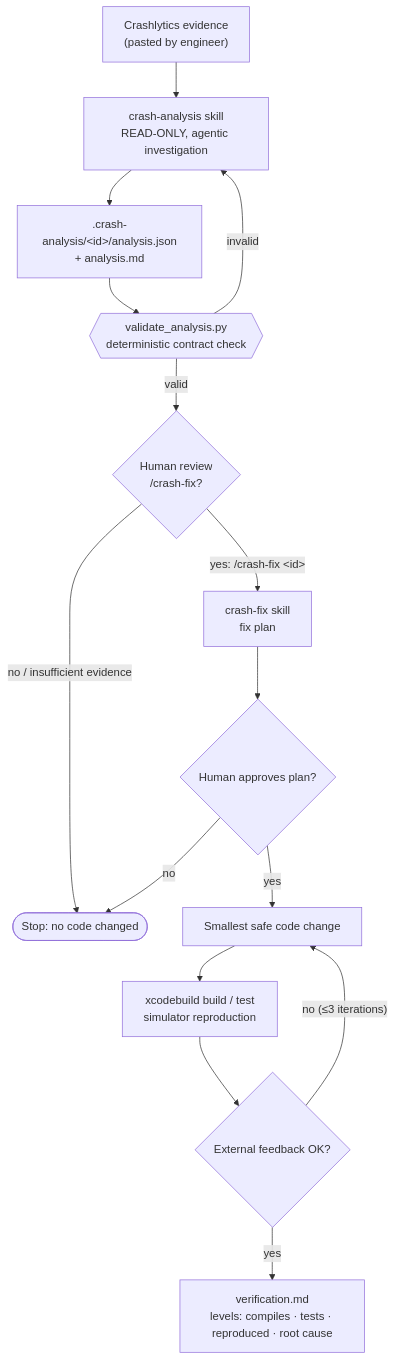
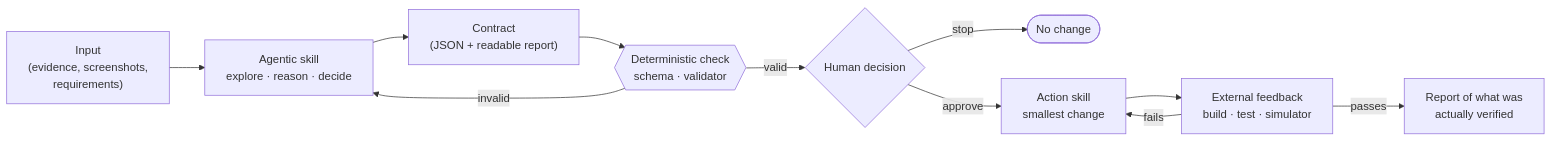
The first of 2 diagrams in README.md (rcanbaba/ios-agentic-toolkit), drawn with Mermaid before and after one commit. The commit also changed other lines of this file and 2 other files, not shown here.

````diff
--- a/README.md
+++ b/README.md
@@ -42,17 +68,13 @@
 ```mermaid
-flowchart TD
-    A["Crashlytics evidence<br/>(pasted by engineer)"] --> B["crash-analysis skill<br/>READ-ONLY, agentic investigation"]
-    B --> C[".crash-analysis/&lt;id&gt;/analysis.json<br/>+ analysis.md"]
-    C --> V1{{"validate_analysis.py<br/>deterministic contract check"}}
-    V1 -- invalid --> B
-    V1 -- valid --> H{"Human review<br/>/crash-fix?"}
-    H -- no / insufficient evidence --> S([Stop: no code changed])
-    H -- "yes: /crash-fix &lt;id&gt;" --> P["crash-fix skill<br/>fix plan"]
-    P --> H2{"Human approves plan?"}
-    H2 -- no --> S
-    H2 -- yes --> I["Smallest safe code change"]
-    I --> T["xcodebuild build / test<br/>simulator reproduction"]
-    T --> O{"External feedback OK?"}
-    O -- "no (≤3 iterations)" --> I
-    O -- yes --> R["verification.md<br/>levels: compiles · tests · reproduced · root cause"]
+flowchart LR
+    IN["Input<br/>(evidence, screenshots,<br/>requirements)"] --> A["Agentic skill<br/>explore · reason · decide"]
+    A --> C["Contract<br/>(JSON + readable report)"]
+    C --> D{{"Deterministic check<br/>schema · validator"}}
+    D -- invalid --> A
+    D -- valid --> H{"Human decision"}
+    H -- stop --> X([No change])
+    H -- approve --> B["Action skill<br/>smallest change"]
+    B --> F["External feedback<br/>build · test · simulator"]
+    F -- fails --> B
+    F -- passes --> R["Report of what was<br/>actually verified"]
 ```
````
